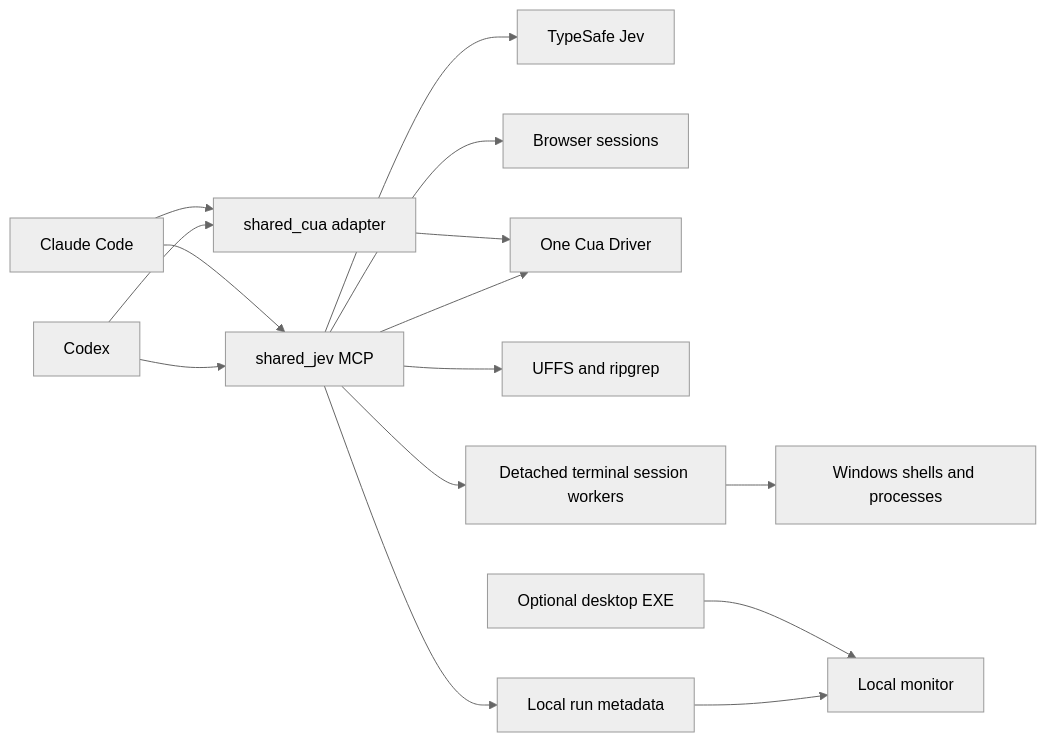
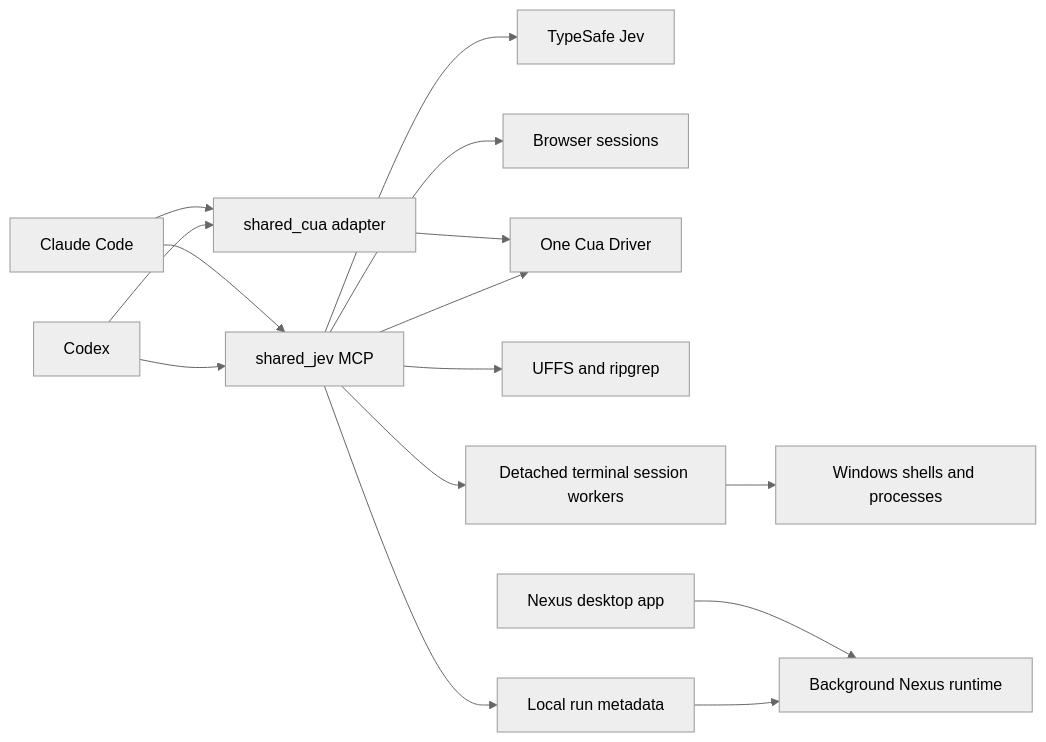
One commit to bhadkamkar9snehil/Nexus changed the diagram in README.md. Above: the diagram before and after it, drawn with Mermaid (neutral theme). The commit also changed other lines of this file and 18 other files, not shown here.

````diff
--- a/README.md
+++ b/README.md
@@ -170,17 +170,17 @@
 ```mermaid
 flowchart LR
   A[Codex] --> M[shared_jev MCP]
   B[Claude Code] --> M
   A --> C[shared_cua adapter]
   B --> C
   M --> J[TypeSafe Jev]
   M --> P[Browser sessions]
   M --> D[One Cua Driver]
   C --> D
   M --> F[UFFS and ripgrep]
   M --> L[Local run metadata]
   M --> T[Detached terminal session workers]
   T --> W[Windows shells and processes]
-  L --> U[Local monitor]
-  E[Optional desktop EXE] --> U
+  L --> U[Background Nexus runtime]
+  E[Nexus desktop app] --> U
 ```
````
